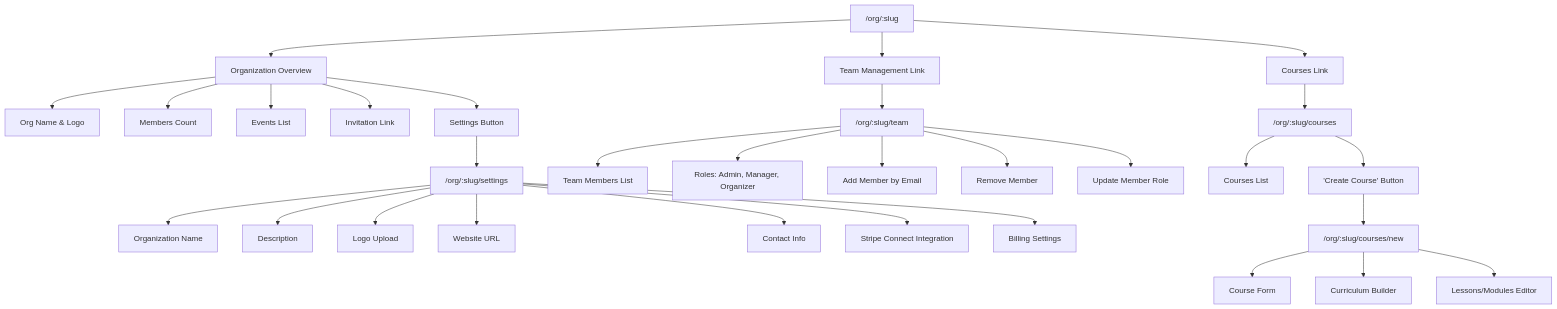
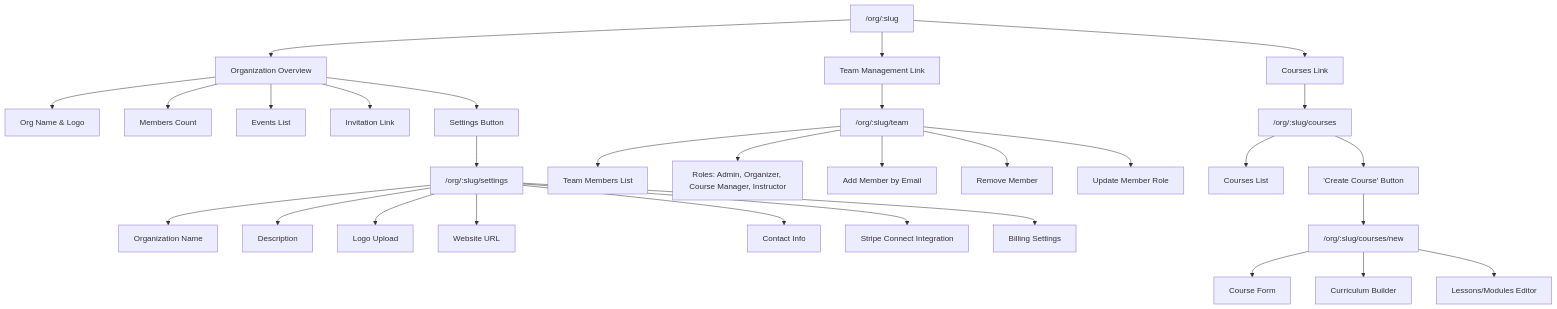
Diagram 23 of 29 in frontend/USER_WORKFLOWS.md (Rutvikrj26/cpd_events), drawn with Mermaid before and after one commit. The commit also changed other lines of this file and 305 other files, not shown here.

````diff
--- a/frontend/USER_WORKFLOWS.md
+++ b/frontend/USER_WORKFLOWS.md
@@ -923,35 +925,35 @@
 ```mermaid
 flowchart TD
     A["/org/:slug"] --> B["Organization Overview"]
     B --> B1["Org Name & Logo"]
     B --> B2["Members Count"]
     B --> B3["Events List"]
     B --> B4["Invitation Link"]
     B --> B5["Settings Button"]
 
     B5 --> C["/org/:slug/settings"]
     C --> C1["Organization Name"]
     C --> C2["Description"]
     C --> C3["Logo Upload"]
     C --> C4["Website URL"]
     C --> C5["Contact Info"]
     C --> C6["Stripe Connect Integration"]
     C --> C7["Billing Settings"]
 
     A --> D["Team Management Link"]
     D --> E["/org/:slug/team"]
     E --> E1["Team Members List"]
-    E --> E2["Roles: Admin, Manager, Organizer"]
+    E --> E2["Roles: Admin, Organizer, Course Manager, Instructor"]
     E --> E3["Add Member by Email"]
     E --> E4["Remove Member"]
     E --> E5["Update Member Role"]
 
     A --> F["Courses Link"]
     F --> G["/org/:slug/courses"]
     G --> G1["Courses List"]
     G --> G2["'Create Course' Button"]
     G2 --> H["/org/:slug/courses/new"]
     H --> H1["Course Form"]
     H --> H2["Curriculum Builder"]
     H --> H3["Lessons/Modules Editor"]
 ```
````
